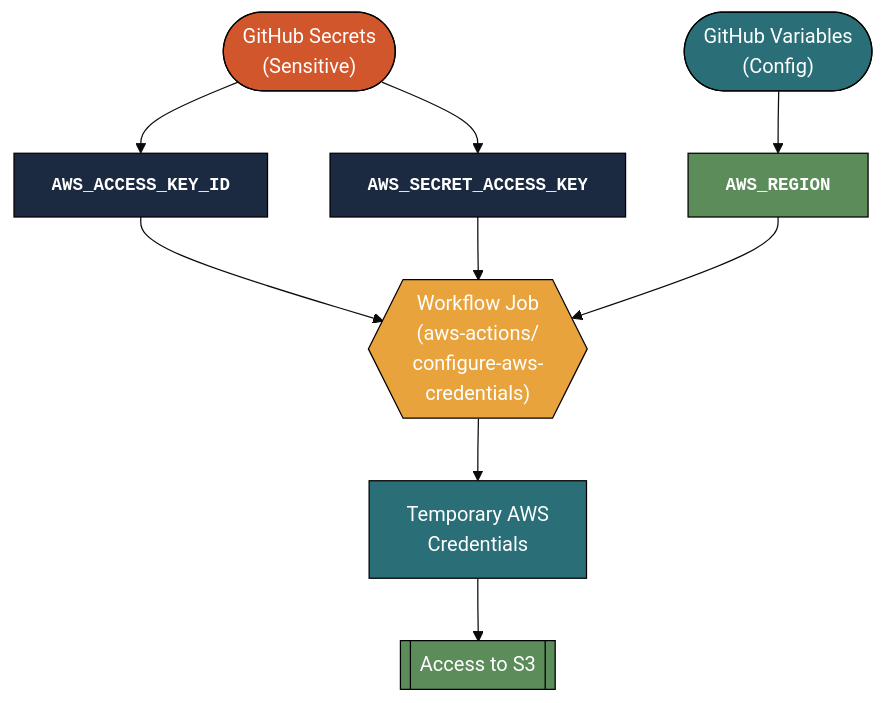
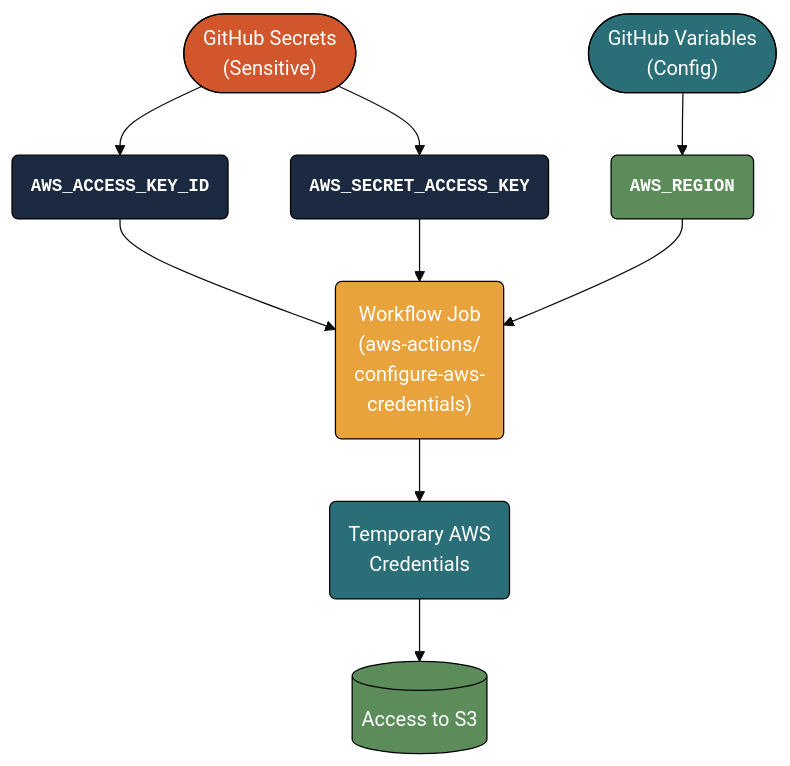
Before and after one commit to mjfrigaard/do4ds-labs: the second of 2 diagrams in gha-s3.qmd, drawn with Mermaid. The commit also changed other lines of this file and 69 other files, not shown here.

Commit message:
style review fixes; mermaid look; lab07 model scripts and workflow deps

````diff
--- a/gha-s3.qmd
+++ b/gha-s3.qmd
@@ -71,31 +73,31 @@
 ```{mermaid}
 %%| fig-cap: 'GitHub Secrets and Variables Flow'
 %%| fig-width: 7.0
 %%| fig-align: 'center'
-%%{init: {'theme': 'base', 'themeVariables': {'fontFamily': 'monospace'}}}%%
+%%{init: {'theme': 'base', 'look': 'classic', 'themeVariables': {'fontFamily': 'monospace'}}}%%
 
 graph TD
     Secrets(["GitHub Secrets<br/>(Sensitive)"])
     Vars(["GitHub Variables<br/>(Config)"])
 
-    Secrets --> AccessKey["<strong>AWS_ACCESS_KEY_ID</strong>"]
-    Secrets --> SecretKey["<strong>AWS_SECRET_ACCESS_KEY</strong>"]
-    Vars --> Region["<strong>AWS_REGION</strong>"]
+    Secrets --> AccessKey("<strong>AWS_ACCESS_KEY_ID</strong>")
+    Secrets --> SecretKey("<strong>AWS_SECRET_ACCESS_KEY</strong>")
+    Vars --> Region("<strong>AWS_REGION</strong>")
 
-    AccessKey --> Workflow{{"Workflow Job<br/>(aws-actions/<br>configure-aws-<br>credentials)"}}
+    AccessKey --> Workflow("Workflow Job<br/>(aws-actions/<br>configure-aws-<br>credentials)")
     SecretKey --> Workflow
     Region --> Workflow
 
-    Workflow --> S3["Temporary AWS<br/>Credentials"]
-    S3 --> Access[["Access to S3"]]
+    Workflow --> S3("Temporary AWS<br/>Credentials")
+    S3 --> Access[("Access to S3")]
 
     style Secrets fill:#D2562B,stroke:#000000,stroke-width:1px,color:#ffffff
     style Vars fill:#2A6F77,stroke:#000000,stroke-width:1px,color:#ffffff
     style AccessKey fill:#1B2A41,stroke:#000000,stroke-width:1px,font-size:14px,text-align:center,font-family:monospace,color:#ffffff
     style SecretKey fill:#1B2A41,stroke:#000000,stroke-width:1px,font-size:14px,text-align:center,font-family:monospace,color:#ffffff
     style Region fill:#5B8C5A,stroke:#000000,stroke-width:1px,font-size:14px,text-align:center,font-family:monospace,color:#ffffff
     style Workflow fill:#E8A33D,stroke:#000000,stroke-width:1px,color:#ffffff
     style S3 fill:#2A6F77,stroke:#000000,stroke-width:1px,color:#ffffff
     style Access fill:#5B8C5A,stroke:#000000,stroke-width:1px,color:#ffffff
 
 ```
````
